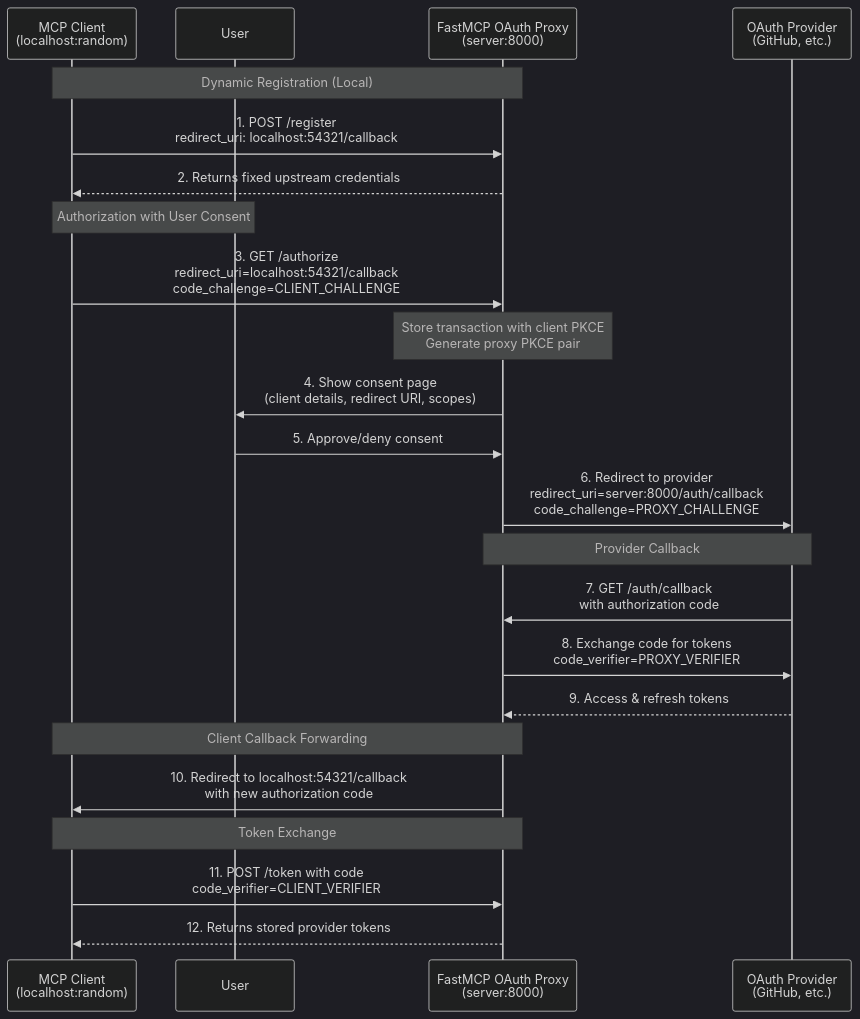
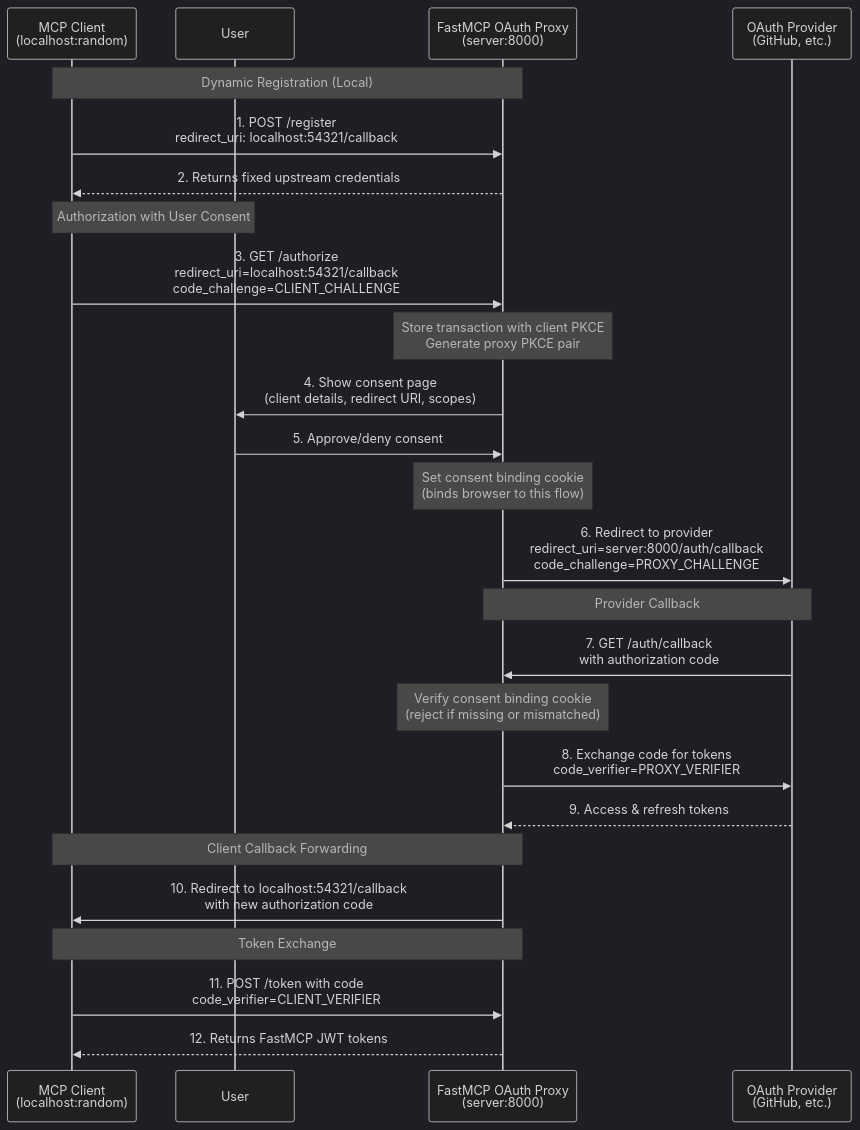
One commit to Gu-f/FastmcpDocs changed the diagram in i18n/en/servers/auth/oauth-proxy.mdx. Above: the diagram before and after it, drawn with Mermaid (dark theme). The commit also changed other lines of this file and 1220 other files, not shown here.

````diff
--- a/i18n/en/servers/auth/oauth-proxy.mdx
+++ b/i18n/en/servers/auth/oauth-proxy.mdx
@@ -370,30 +419,32 @@
 ```mermaid
 sequenceDiagram
     participant Client as MCP Client<br/>(localhost:random)
     participant User as User
     participant Proxy as FastMCP OAuth Proxy<br/>(server:8000)
     participant Provider as OAuth Provider<br/>(GitHub, etc.)
 
     Note over Client, Proxy: Dynamic Registration (Local)
     Client->>Proxy: 1. POST /register<br/>redirect_uri: localhost:54321/callback
     Proxy-->>Client: 2. Returns fixed upstream credentials
 
     Note over Client, User: Authorization with User Consent
     Client->>Proxy: 3. GET /authorize<br/>redirect_uri=localhost:54321/callback<br/>code_challenge=CLIENT_CHALLENGE
     Note over Proxy: Store transaction with client PKCE<br/>Generate proxy PKCE pair
     Proxy->>User: 4. Show consent page<br/>(client details, redirect URI, scopes)
     User->>Proxy: 5. Approve/deny consent
+    Note over Proxy: Set consent binding cookie<br/>(binds browser to this flow)
     Proxy->>Provider: 6. Redirect to provider<br/>redirect_uri=server:8000/auth/callback<br/>code_challenge=PROXY_CHALLENGE
 
     Note over Provider, Proxy: Provider Callback
     Provider->>Proxy: 7. GET /auth/callback<br/>with authorization code
+    Note over Proxy: Verify consent binding cookie<br/>(reject if missing or mismatched)
     Proxy->>Provider: 8. Exchange code for tokens<br/>code_verifier=PROXY_VERIFIER
     Provider-->>Proxy: 9. Access & refresh tokens
 
     Note over Proxy, Client: Client Callback Forwarding
     Proxy->>Client: 10. Redirect to localhost:54321/callback<br/>with new authorization code
 
     Note over Client, Proxy: Token Exchange
     Client->>Proxy: 11. POST /token with code<br/>code_verifier=CLIENT_VERIFIER
-    Proxy-->>Client: 12. Returns stored provider tokens
+    Proxy-->>Client: 12. Returns FastMCP JWT tokens
 ```
````
